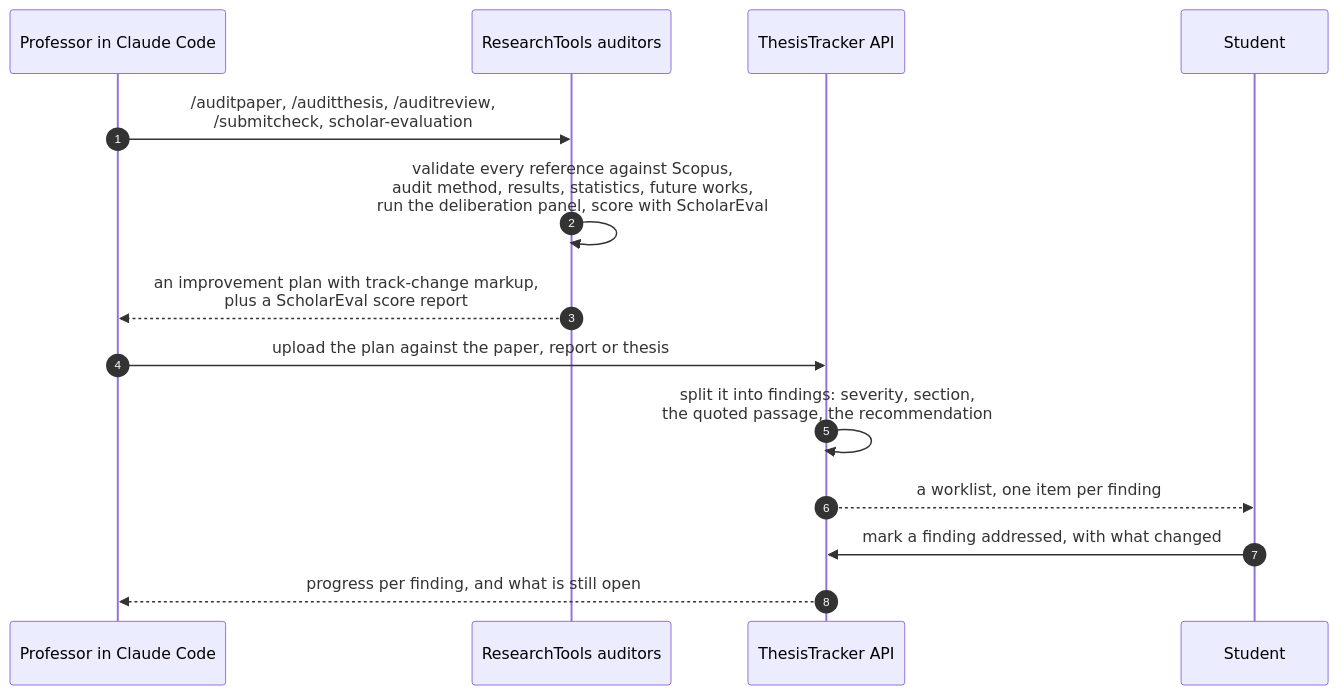
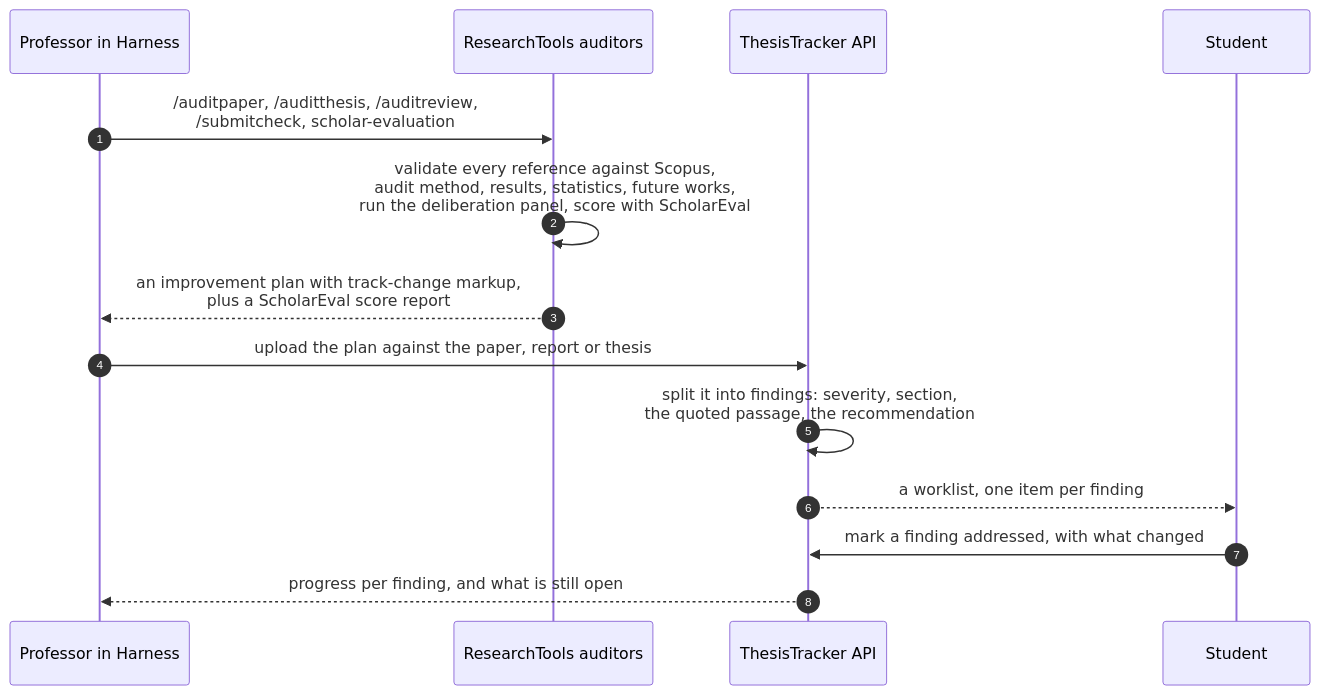
The eighth of 13 diagrams in NEW_ARCHITECTURE.md (LARi-UQAC/ResearchTools), drawn with Mermaid before and after one commit. The commit also changed other lines of this file and 132 other files, not shown here.

````diff
--- a/NEW_ARCHITECTURE.md
+++ b/NEW_ARCHITECTURE.md
@@ -476,17 +476,17 @@
 ```mermaid
 sequenceDiagram
   autonumber
-  participant P as Professor in Claude Code
+  participant P as Professor in Harness
   participant RT as ResearchTools auditors
   participant A as ThesisTracker API
   participant S as Student
 
   P->>RT: /auditpaper, /auditthesis, /auditreview,<br/>/submitcheck, scholar-evaluation
   RT->>RT: validate every reference against Scopus,<br/>audit method, results, statistics, future works,<br/>run the deliberation panel, score with ScholarEval
   RT-->>P: an improvement plan with track-change markup,<br/>plus a ScholarEval score report
   P->>A: upload the plan against the paper, report or thesis
   A->>A: split it into findings: severity, section,<br/>the quoted passage, the recommendation
   A-->>S: a worklist, one item per finding
   S->>A: mark a finding addressed, with what changed
   A-->>P: progress per finding, and what is still open
 ```
````
